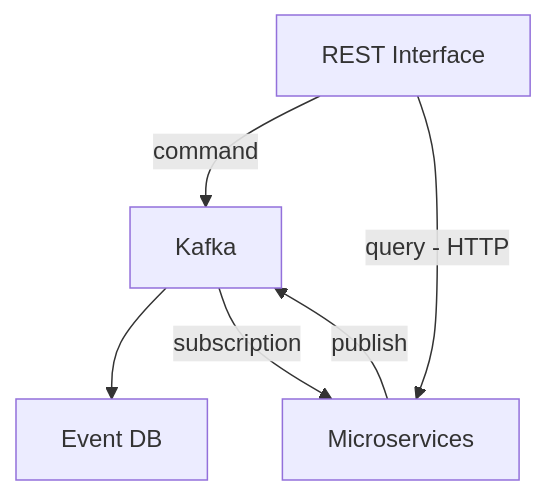
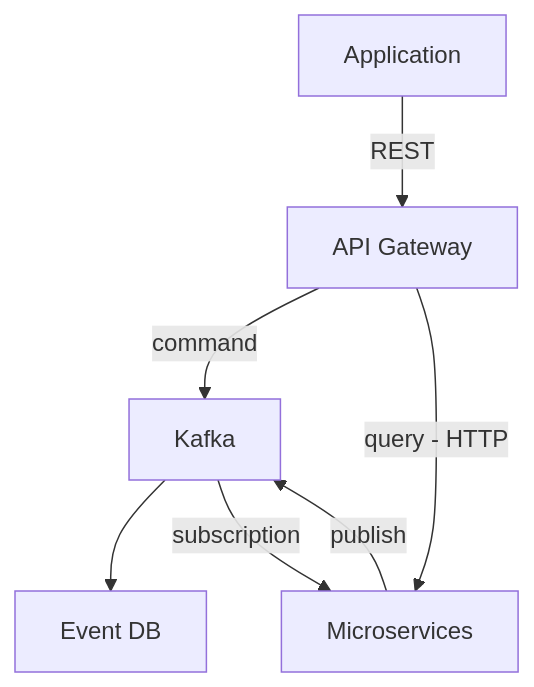
One commit to earelin/tenda changed the diagram in README.md. Above: the diagram before and after it, drawn with Mermaid.

Commit message:
Rename REST interface

````diff
--- a/README.md
+++ b/README.md
@@ -5,9 +5,9 @@
 ```mermaid
-flowchart TD
-
-    A[REST Interface] -->|command| B[Kafka]
+flowchart TD 
+    A[API Gateway] -->|command| B[Kafka]
     B --> D[Event DB]
     A -->|query - HTTP| C[Microservices]
     B -->|subscription| C
     C -->|publish| B
+    E[Application] -->|REST| A
 ```
````
